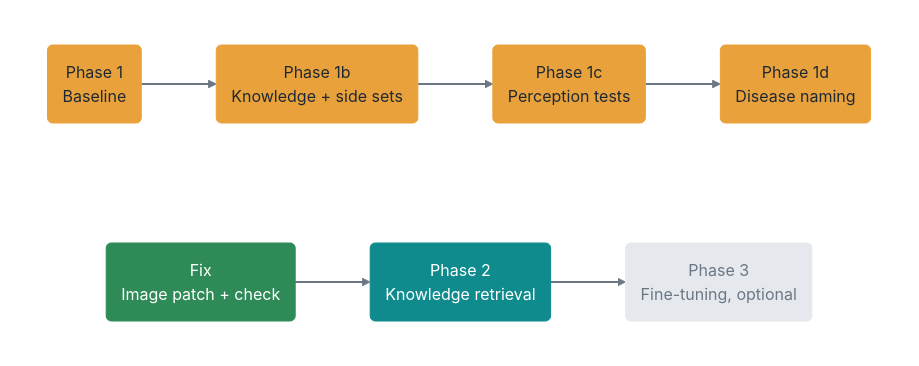
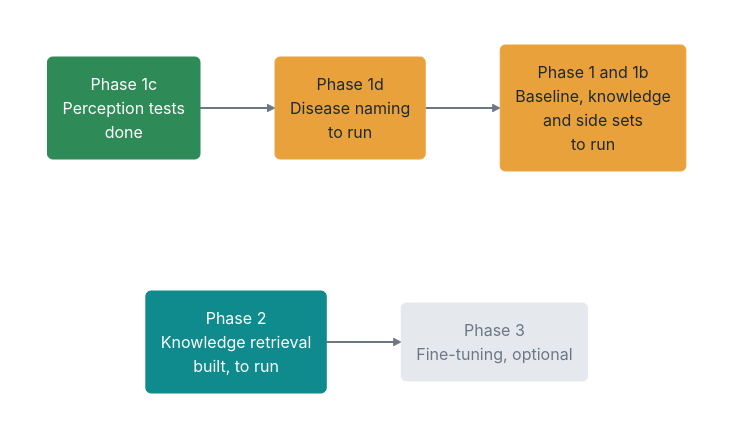
Before and after one commit to Ankritjarngal/medvqa-cxr-chexagent: the diagram in deliverables/diagrams/fig_roadmap.mmd, drawn with Mermaid. The commit also changed 30 other files, not shown here.

Commit message:
Deliverables: remove the earlier-run and bug material from the report and deck; report keeps only the perception results, test sets, retrieval check and plan

```diff
--- a/deliverables/diagrams/fig_roadmap.mmd
+++ b/deliverables/diagrams/fig_roadmap.mmd
@@ -1,22 +1,22 @@
 flowchart TB
   subgraph r1[" "]
     direction LR
-    P1("Phase 1<br/>Baseline"):::amber --> P2("Phase 1b<br/>Knowledge + side sets"):::amber --> P3("Phase 1c<br/>Perception tests"):::amber --> P4("Phase 1d<br/>Disease naming"):::amber
+    P3("Phase 1c<br/>Perception tests<br/>done"):::ok --> P4("Phase 1d<br/>Disease naming<br/>to run"):::amber --> P1("Phase 1 and 1b<br/>Baseline, knowledge<br/>and side sets<br/>to run"):::amber
   end
   subgraph r2[" "]
     direction LR
-    FX("Fix<br/>Image patch + check"):::ok --> PH2("Phase 2<br/>Knowledge retrieval"):::accent --> PH3("Phase 3<br/>Fine-tuning, optional"):::grey
+    PH2("Phase 2<br/>Knowledge retrieval<br/>built, to run"):::accent --> PH3("Phase 3<br/>Fine-tuning, optional"):::grey
   end
   r1 ~~~ r2
   style r1 fill:none,stroke:none
   style r2 fill:none,stroke:none
-  linkStyle 0,1,2,3,4 stroke:#6B7785,stroke-width:2px
-  linkStyle 5 stroke:none,fill:none
+  linkStyle 0,1,2 stroke:#6B7785,stroke-width:2px
+  linkStyle 3 stroke:none,fill:none
 classDef accent fill:#0F8B8D,stroke:#0F8B8D,color:#FFFFFF;
 classDef dark fill:#1F2933,stroke:#1F2933,color:#FFFFFF;
 classDef soft fill:#F2F5F7,stroke:#F2F5F7,color:#1F2933;
 classDef warn fill:#E4572E,stroke:#E4572E,color:#FFFFFF;
 classDef ok fill:#2E8B57,stroke:#2E8B57,color:#FFFFFF;
 classDef amber fill:#E9A23B,stroke:#E9A23B,color:#1F2933;
 classDef grey fill:#E5E9ED,stroke:#E5E9ED,color:#6B7785;
 linkStyle default stroke:#6B7785,stroke-width:2px;
```
